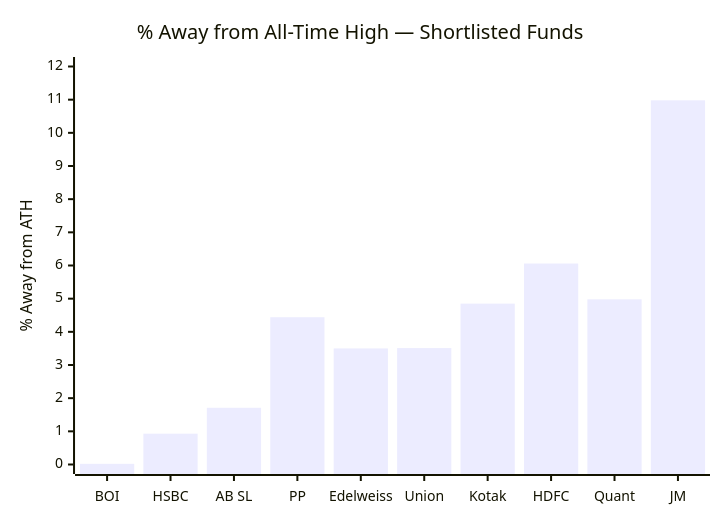
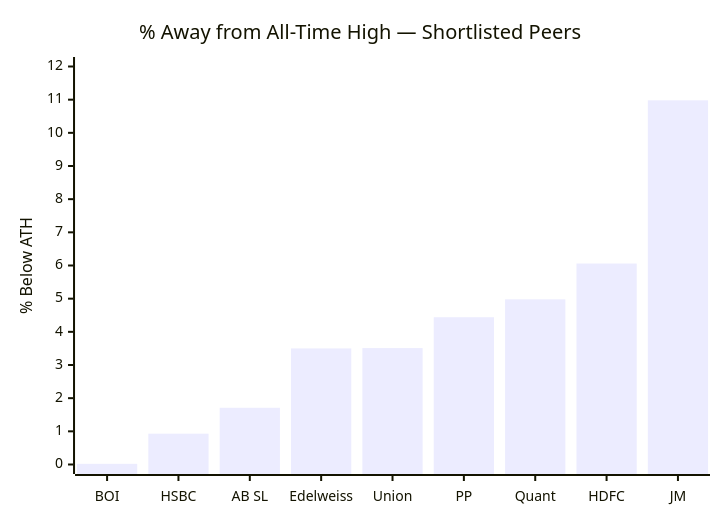
Diagram 14 of 14 in Mutual Fund/FlexiCap/funds/parag_parikh/module3_portfolio.md (mayankutkarsh334/Investment), drawn with Mermaid before and after one commit. The commit also changed other lines of this file and 4 other files, not shown here.

````diff
--- a/Mutual Fund/FlexiCap/funds/parag_parikh/module3_portfolio.md
+++ b/Mutual Fund/FlexiCap/funds/parag_parikh/module3_portfolio.md
@@ -118,7 +260,7 @@
 ```mermaid
 xychart-beta
-    title "% Away from All-Time High — Shortlisted Funds"
-    x-axis ["BOI", "HSBC", "AB SL", "PP", "Edelweiss", "Union", "Kotak", "HDFC", "Quant", "JM"]
-    y-axis "% Away from ATH" 0 --> 12
-    bar [0.02, 0.93, 1.71, 4.44, 3.50, 3.51, 4.85, 6.06, 4.98, 10.98]
+    title "% Away from All-Time High — Shortlisted Peers"
+    x-axis ["BOI", "HSBC", "AB SL", "Edelweiss", "Union", "PP", "Quant", "HDFC", "JM"]
+    y-axis "% Below ATH" 0 --> 12
+    bar [0.02, 0.93, 1.71, 3.50, 3.51, 4.44, 4.98, 6.06, 10.98]
 ```
````
